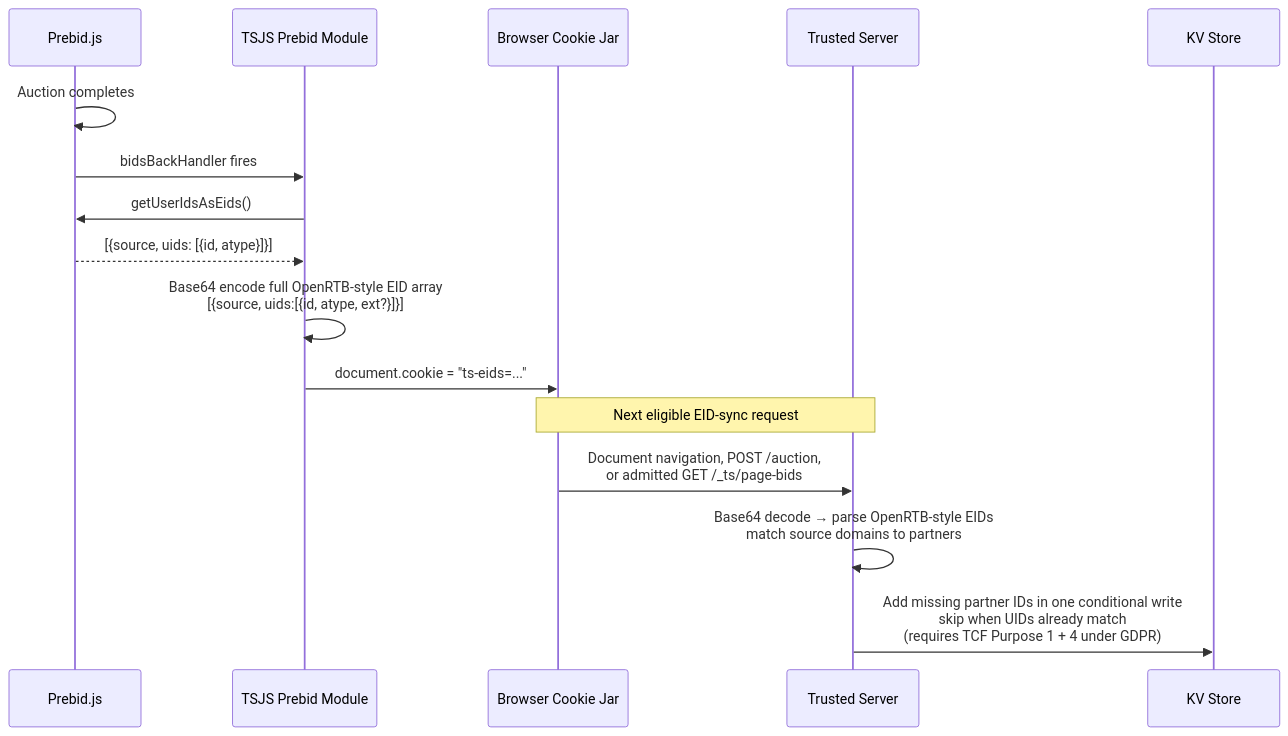
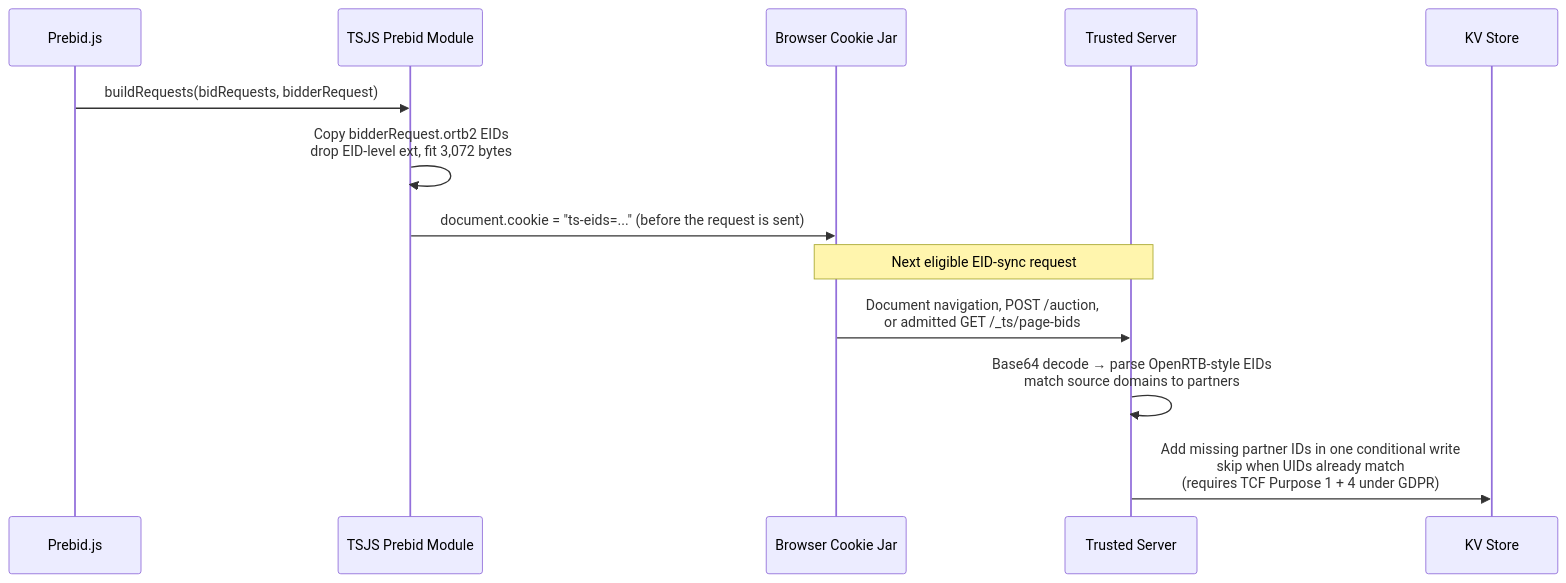
The fifth of 6 diagrams in docs/guide/edge-cookies.md (IABTechLab/trusted-server), drawn with Mermaid before and after one commit. The commit also changed other lines of this file and 5 other files, not shown here.

First line of the commit message:
Document Prebid EID forwarding, the ts-eids writer and the TCF exception

````diff
--- a/docs/guide/edge-cookies.md
+++ b/docs/guide/edge-cookies.md
@@ -161,20 +169,17 @@
 ```mermaid
 sequenceDiagram
     participant Prebid as Prebid.js
     participant TSJS as TSJS Prebid Module
     participant B as Browser Cookie Jar
     participant TS as Trusted Server
     participant KV as KV Store
 
-    Prebid->>Prebid: Auction completes
-    Prebid->>TSJS: bidsBackHandler fires
-    TSJS->>Prebid: getUserIdsAsEids()
-    Prebid-->>TSJS: [{source, uids: [{id, atype}]}]
-    TSJS->>TSJS: Base64 encode full OpenRTB-style EID array<br/>[{source, uids:[{id, atype, ext?}]}]
-    TSJS->>B: document.cookie = "ts-eids=..."
+    Prebid->>TSJS: buildRequests(bidRequests, bidderRequest)
+    TSJS->>TSJS: Copy bidderRequest.ortb2 EIDs<br/>drop EID-level ext, fit 3,072 bytes
+    TSJS->>B: document.cookie = "ts-eids=..." (before the request is sent)
 
     Note over B,TS: Next eligible EID-sync request
     B->>TS: Document navigation, POST /auction,<br/>or admitted GET /_ts/page-bids
     TS->>TS: Base64 decode → parse OpenRTB-style EIDs<br/>match source domains to partners
     TS->>KV: Add missing partner IDs in one conditional write<br/>skip when UIDs already match<br/>(requires TCF Purpose 1 + 4 under GDPR)
 ```
````
